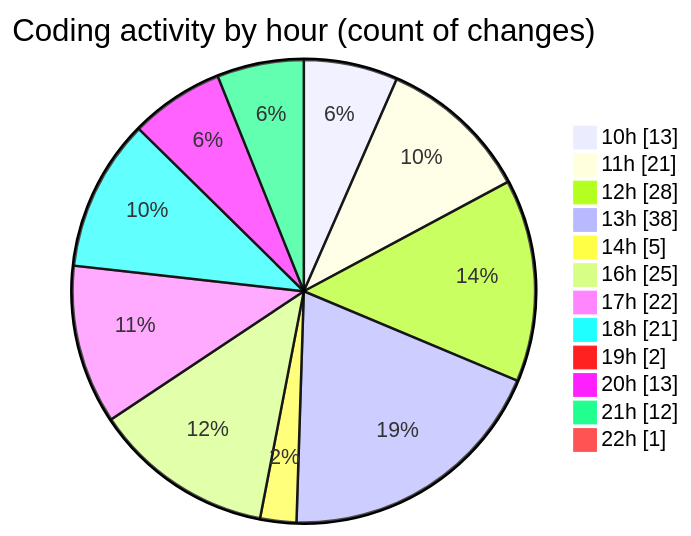
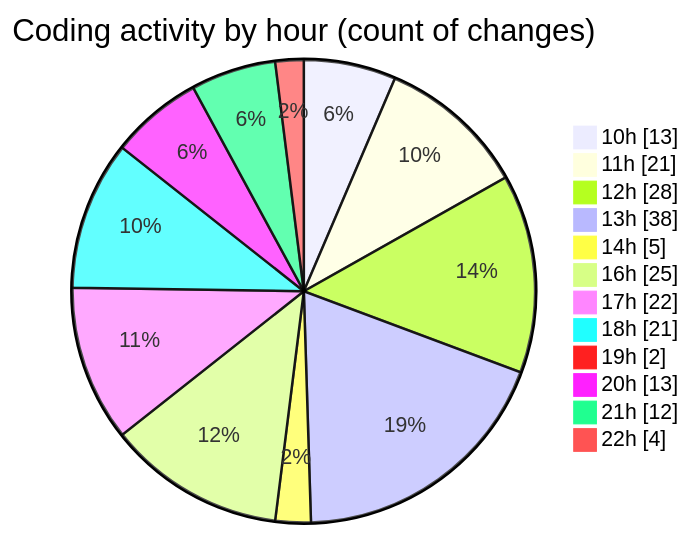
Before and after one commit to momahboobian/code-tracking: the second of 2 diagrams in 2025-06-19/cda/README.md, drawn with Mermaid. The commit also changed other lines of this file and 1 other file, not shown here.

````diff
--- a/2025-06-19/cda/README.md
+++ b/2025-06-19/cda/README.md
@@ -50,16 +50,16 @@
 ```mermaid
 pie showData
 title Coding activity by hour (count of changes)
 "10h" : 13
 "11h" : 21
 "12h" : 28
 "13h" : 38
 "14h" : 5
 "16h" : 25
 "17h" : 22
 "18h" : 21
 "19h" : 2
 "20h" : 13
 "21h" : 12
-"22h" : 1
+"22h" : 4
 ```
````
